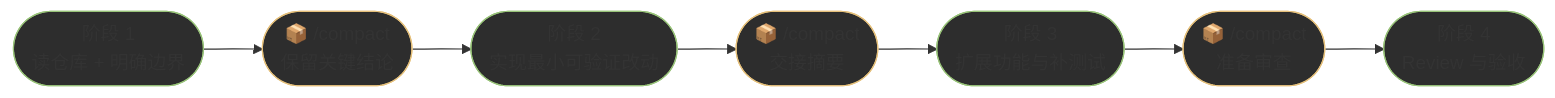
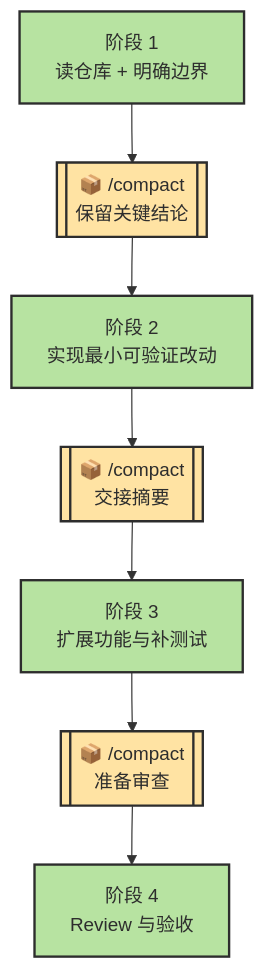
One commit to zht043/AgenticCodingTutorial changed the ninth of 10 diagrams in docs/chapters/ch10-collaboration.md. Above: the diagram before and after it, drawn with Mermaid. The commit also changed other lines of this file and 26 other files, not shown here.

````diff
--- a/docs/chapters/ch10-collaboration.md
+++ b/docs/chapters/ch10-collaboration.md
@@ -548,15 +552,15 @@
 ```mermaid
-flowchart LR
-    classDef phase fill:#2d2d2d,stroke:#98c379
-    classDef compact fill:#2d2d2d,stroke:#e5c07b
+flowchart TD
+    classDef phase fill:#b7e3a1,stroke:#2d2d2d,stroke-width:2px,color:#2d2d2d
+    classDef compact fill:#ffe3a3,stroke:#2d2d2d,stroke-width:2px,color:#2d2d2d
 
-    P1(["阶段 1<br/>读仓库 + 明确边界"]):::phase
-    C1(["📦 /compact<br/>保留关键结论"]):::compact
-    P2(["阶段 2<br/>实现最小可验证改动"]):::phase
-    C2(["📦 /compact<br/>交接摘要"]):::compact
-    P3(["阶段 3<br/>扩展功能与补测试"]):::phase
-    C3(["📦 /compact<br/>准备审查"]):::compact
-    P4(["阶段 4<br/>Review 与验收"]):::phase
+    P1["阶段 1<br/>读仓库 + 明确边界"]:::phase
+    C1[["📦 /compact<br/>保留关键结论"]]:::compact
+    P2["阶段 2<br/>实现最小可验证改动"]:::phase
+    C2[["📦 /compact<br/>交接摘要"]]:::compact
+    P3["阶段 3<br/>扩展功能与补测试"]:::phase
+    C3[["📦 /compact<br/>准备审查"]]:::compact
+    P4["阶段 4<br/>Review 与验收"]:::phase
 
     P1 --> C1 --> P2 --> C2 --> P3 --> C3 --> P4
 ```
````
